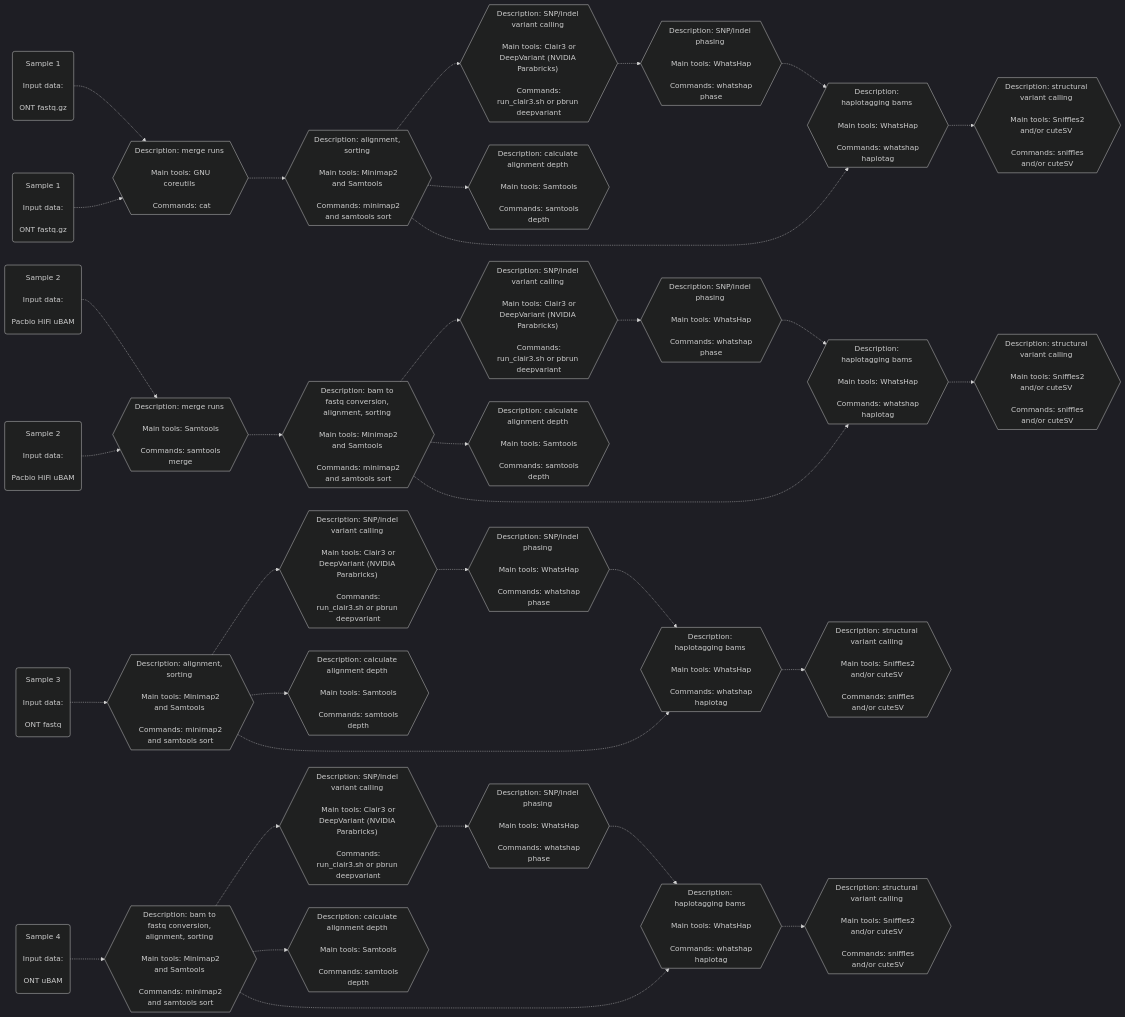
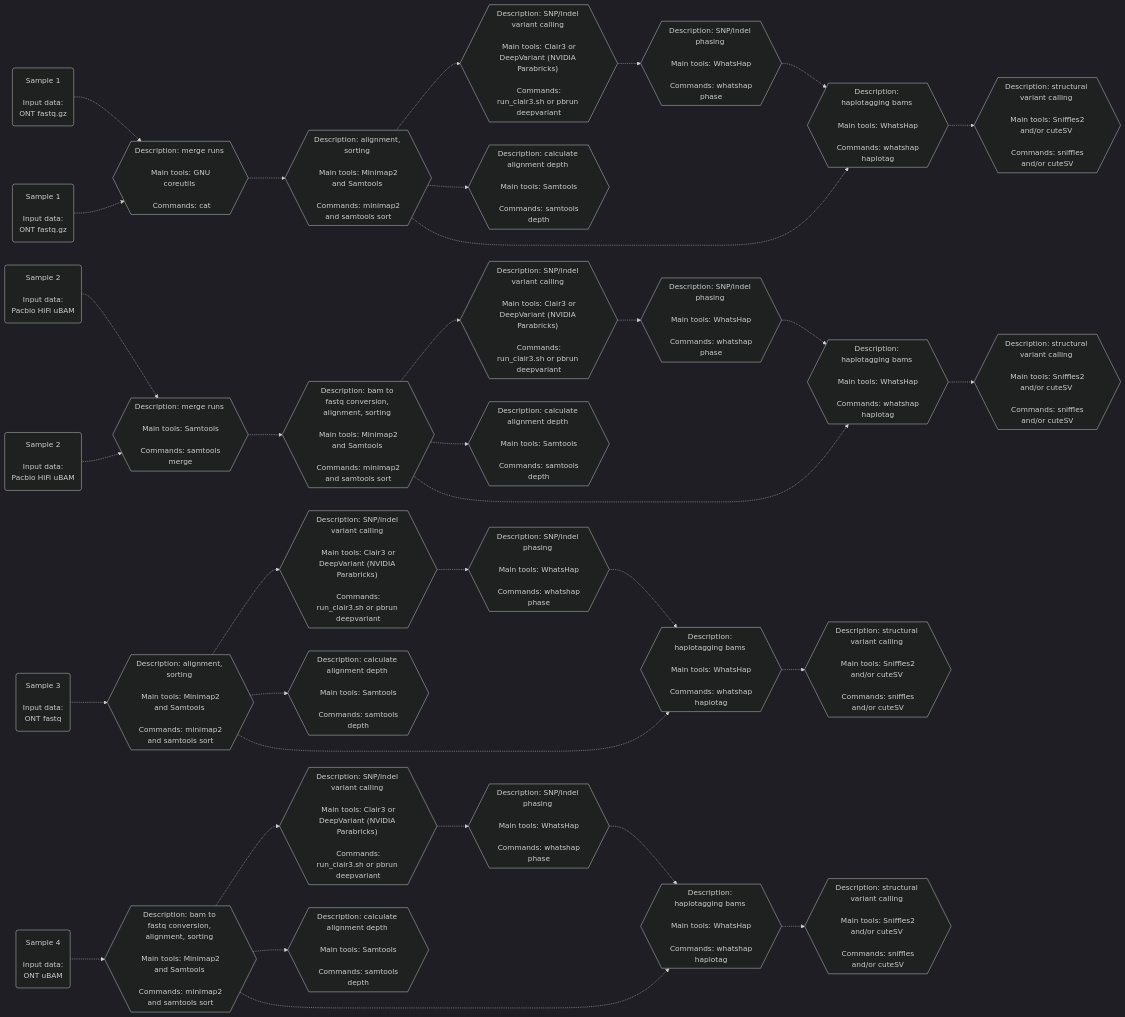
Before and after one commit to leahkemp/pipeface: the second of 2 diagrams in README.md, drawn with Mermaid. The commit also changed other lines of this file, not shown here.

Commit message:
fix new line formatting in mermaid diagrams

````diff
--- a/README.md
+++ b/README.md
@@ -39,63 +39,63 @@
 ```mermaid
 %%{init: {'theme':'dark'}}%%
 flowchart LR
 
-ont_data_f1("Sample 1 \n\n Input data: \n\n ONT fastq.gz")
-ont_data_f2("Sample 1 \n\n Input data: \n\n ONT fastq.gz")
-pacbio_data_f3("Sample 2 \n\n Input data: \n\n Pacbio HiFi uBAM")
-pacbio_data_f4("Sample 2 \n\n Input data: \n\n Pacbio HiFi uBAM")
-ont_data_f5("Sample 3 \n\n Input data: \n\n ONT fastq")
-ont_data_f6("Sample 4 \n\n Input data: \n\n ONT uBAM")
+ont_data_f1("Sample 1 <br><br> Input data: <br> ONT fastq.gz")
+ont_data_f2("Sample 1 <br><br> Input data: <br> ONT fastq.gz")
+pacbio_data_f3("Sample 2 <br><br> Input data: <br> Pacbio HiFi uBAM")
+pacbio_data_f4("Sample 2 <br><br> Input data: <br> Pacbio HiFi uBAM")
+ont_data_f5("Sample 3 <br><br> Input data: <br> ONT fastq")
+ont_data_f6("Sample 4 <br><br> Input data: <br> ONT uBAM")
 
-merging_m1{{"Description: merge runs \n\n Main tools: GNU coreutils \n\n Commands: cat"}}
-merging_m2{{"Description: merge runs \n\n Main tools: Samtools \n\n Commands: samtools merge"}}
+merging_m1{{"Description: merge runs <br><br> Main tools: GNU coreutils <br><br> Commands: cat"}}
+merging_m2{{"Description: merge runs <br><br> Main tools: Samtools <br><br> Commands: samtools merge"}}
 
-alignment_s1{{"Description: alignment, sorting \n\n Main tools: Minimap2 and Samtools \n\n Commands: minimap2 and samtools sort"}}
-alignment_s2{{"Description: alignment, sorting \n\n Main tools: Minimap2 and Samtools \n\n Commands: minimap2 and samtools sort"}}
-alignment_s3{{"Description: bam to fastq conversion, alignment, sorting \n\n Main tools: Minimap2 and Samtools \n\n Commands: minimap2 and samtools sort"}}
-alignment_s4{{"Description: bam to fastq conversion, alignment, sorting \n\n Main tools: Minimap2 and Samtools \n\n Commands: minimap2 and samtools sort"}}
+alignment_s1{{"Description: alignment, sorting <br><br> Main tools: Minimap2 and Samtools <br><br> Commands: minimap2 and samtools sort"}}
+alignment_s2{{"Description: alignment, sorting <br><br> Main tools: Minimap2 and Samtools <br><br> Commands: minimap2 and samtools sort"}}
+alignment_s3{{"Description: bam to fastq conversion, alignment, sorting <br><br> Main tools: Minimap2 and Samtools <br><br> Commands: minimap2 and samtools sort"}}
+alignment_s4{{"Description: bam to fastq conversion, alignment, sorting <br><br> Main tools: Minimap2 and Samtools <br><br> Commands: minimap2 and samtools sort"}}
 
-depth_s1{{"Description: calculate alignment depth \n\n Main tools: Samtools \n\n Commands: samtools depth"}}
-depth_s2{{"Description: calculate alignment depth \n\n Main tools: Samtools \n\n Commands: samtools depth"}}
-depth_s3{{"Description: calculate alignment depth \n\n Main tools: Samtools \n\n Commands: samtools depth"}}
-depth_s4{{"Description: calculate alignment depth \n\n Main tools: Samtools \n\n Commands: samtools depth"}}
+depth_s1{{"Description: calculate alignment depth <br><br> Main tools: Samtools <br><br> Commands: samtools depth"}}
+depth_s2{{"Description: calculate alignment depth <br><br> Main tools: Samtools <br><br> Commands: samtools depth"}}
+depth_s3{{"Description: calculate alignment depth <br><br> Main tools: Samtools <br><br> Commands: samtools depth"}}
+depth_s4{{"Description: calculate alignment depth <br><br> Main tools: Samtools <br><br> Commands: samtools depth"}}
 
-snp_indel_calling_s1{{"Description: SNP/indel variant calling \n\n Main tools: Clair3 or DeepVariant (NVIDIA Parabricks) \n\n Commands: run_clair3.sh or pbrun deepvariant"}}
-snp_indel_calling_s2{{"Description: SNP/indel variant calling \n\n Main tools: Clair3 or DeepVariant (NVIDIA Parabricks) \n\n Commands: run_clair3.sh or pbrun deepvariant"}}
-snp_indel_calling_s3{{"Description: SNP/indel variant calling \n\n Main tools: Clair3 or DeepVariant (NVIDIA Parabricks) \n\n Commands: run_clair3.sh or pbrun deepvariant"}}
-snp_indel_calling_s4{{"Description: SNP/indel variant calling \n\n Main tools: Clair3 or DeepVariant (NVIDIA Parabricks) \n\n Commands: run_clair3.sh or pbrun deepvariant"}}
+snp_indel_calling_s1{{"Description: SNP/indel variant calling <br><br> Main tools: Clair3 or DeepVariant (NVIDIA Parabricks) <br><br> Commands: run_clair3.sh or pbrun deepvariant"}}
+snp_indel_calling_s2{{"Description: SNP/indel variant calling <br><br> Main tools: Clair3 or DeepVariant (NVIDIA Parabricks) <br><br> Commands: run_clair3.sh or pbrun deepvariant"}}
+snp_indel_calling_s3{{"Description: SNP/indel variant calling <br><br> Main tools: Clair3 or DeepVariant (NVIDIA Parabricks) <br><br> Commands: run_clair3.sh or pbrun deepvariant"}}
+snp_indel_calling_s4{{"Description: SNP/indel variant calling <br><br> Main tools: Clair3 or DeepVariant (NVIDIA Parabricks) <br><br> Commands: run_clair3.sh or pbrun deepvariant"}}
 
-snp_indel_phasing_s1{{"Description: SNP/indel phasing \n\n Main tools: WhatsHap \n\n Commands: whatshap phase"}}
-snp_indel_phasing_s2{{"Description: SNP/indel phasing \n\n Main tools: WhatsHap \n\n Commands: whatshap phase"}}
-snp_indel_phasing_s3{{"Description: SNP/indel phasing \n\n Main tools: WhatsHap \n\n Commands: whatshap phase"}}
-snp_indel_phasing_s4{{"Description: SNP/indel phasing \n\n Main tools: WhatsHap \n\n Commands: whatshap phase"}}
+snp_indel_phasing_s1{{"Description: SNP/indel phasing <br><br> Main tools: WhatsHap <br><br> Commands: whatshap phase"}}
+snp_indel_phasing_s2{{"Description: SNP/indel phasing <br><br> Main tools: WhatsHap <br><br> Commands: whatshap phase"}}
+snp_indel_phasing_s3{{"Description: SNP/indel phasing <br><br> Main tools: WhatsHap <br><br> Commands: whatshap phase"}}
+snp_indel_phasing_s4{{"Description: SNP/indel phasing <br><br> Main tools: WhatsHap <br><br> Commands: whatshap phase"}}
 
-haplotagging_s1{{"Description: haplotagging bams \n\n Main tools: WhatsHap \n\n Commands: whatshap haplotag"}}
-haplotagging_s2{{"Description: haplotagging bams \n\n Main tools: WhatsHap \n\n Commands: whatshap haplotag"}}
-haplotagging_s3{{"Description: haplotagging bams \n\n Main tools: WhatsHap \n\n Commands: whatshap haplotag"}}
-haplotagging_s4{{"Description: haplotagging bams \n\n Main tools: WhatsHap \n\n Commands: whatshap haplotag"}}
+haplotagging_s1{{"Description: haplotagging bams <br><br> Main tools: WhatsHap <br><br> Commands: whatshap haplotag"}}
+haplotagging_s2{{"Description: haplotagging bams <br><br> Main tools: WhatsHap <br><br> Commands: whatshap haplotag"}}
+haplotagging_s3{{"Description: haplotagging bams <br><br> Main tools: WhatsHap <br><br> Commands: whatshap haplotag"}}
+haplotagging_s4{{"Description: haplotagging bams <br><br> Main tools: WhatsHap <br><br> Commands: whatshap haplotag"}}
 
-sv_calling_s1{{"Description: structural variant calling \n\n Main tools: Sniffles2 and/or cuteSV \n\n Commands: sniffles and/or cuteSV"}}
-sv_calling_s2{{"Description: structural variant calling \n\n Main tools: Sniffles2 and/or cuteSV \n\n Commands: sniffles and/or cuteSV"}}
-sv_calling_s3{{"Description: structural variant calling \n\n Main tools: Sniffles2 and/or cuteSV \n\n Commands: sniffles and/or cuteSV"}}
-sv_calling_s4{{"Description: structural variant calling \n\n Main tools: Sniffles2 and/or cuteSV \n\n Commands: sniffles and/or cuteSV"}}
+sv_calling_s1{{"Description: structural variant calling <br><br> Main tools: Sniffles2 and/or cuteSV <br><br> Commands: sniffles and/or cuteSV"}}
+sv_calling_s2{{"Description: structural variant calling <br><br> Main tools: Sniffles2 and/or cuteSV <br><br> Commands: sniffles and/or cuteSV"}}
+sv_calling_s3{{"Description: structural variant calling <br><br> Main tools: Sniffles2 and/or cuteSV <br><br> Commands: sniffles and/or cuteSV"}}
+sv_calling_s4{{"Description: structural variant calling <br><br> Main tools: Sniffles2 and/or cuteSV <br><br> Commands: sniffles and/or cuteSV"}}
 
 ont_data_f1-.->merging_m1-.->alignment_s1-.->snp_indel_calling_s1-.->snp_indel_phasing_s1-.->haplotagging_s1-.->sv_calling_s1
 ont_data_f2-.->merging_m1
 ont_data_f5-.->alignment_s2-.->snp_indel_calling_s2-.->snp_indel_phasing_s2-.->haplotagging_s2-.->sv_calling_s2
 ont_data_f6-.->alignment_s3-.->snp_indel_calling_s3-.->snp_indel_phasing_s3-.->haplotagging_s3-.->sv_calling_s3
 
 pacbio_data_f3-.->merging_m2-.->alignment_s4-.->snp_indel_calling_s4-.->snp_indel_phasing_s4-.->haplotagging_s4-.->sv_calling_s4
 pacbio_data_f4-.->merging_m2
 
 alignment_s1-.->depth_s1
 alignment_s2-.->depth_s2
 alignment_s3-.->depth_s3
 alignment_s4-.->depth_s4
 
 alignment_s1-.->haplotagging_s1
 alignment_s2-.->haplotagging_s2
 alignment_s3-.->haplotagging_s3
 alignment_s4-.->haplotagging_s4
 
 ```
````
